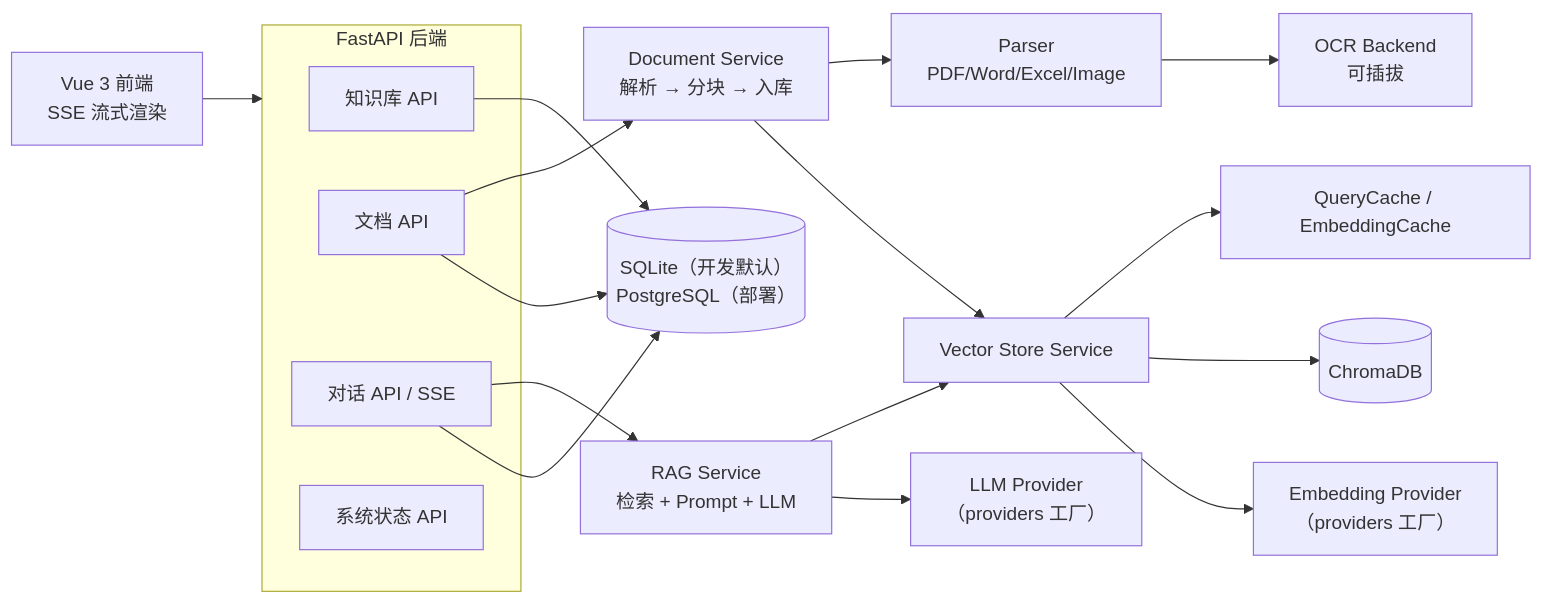
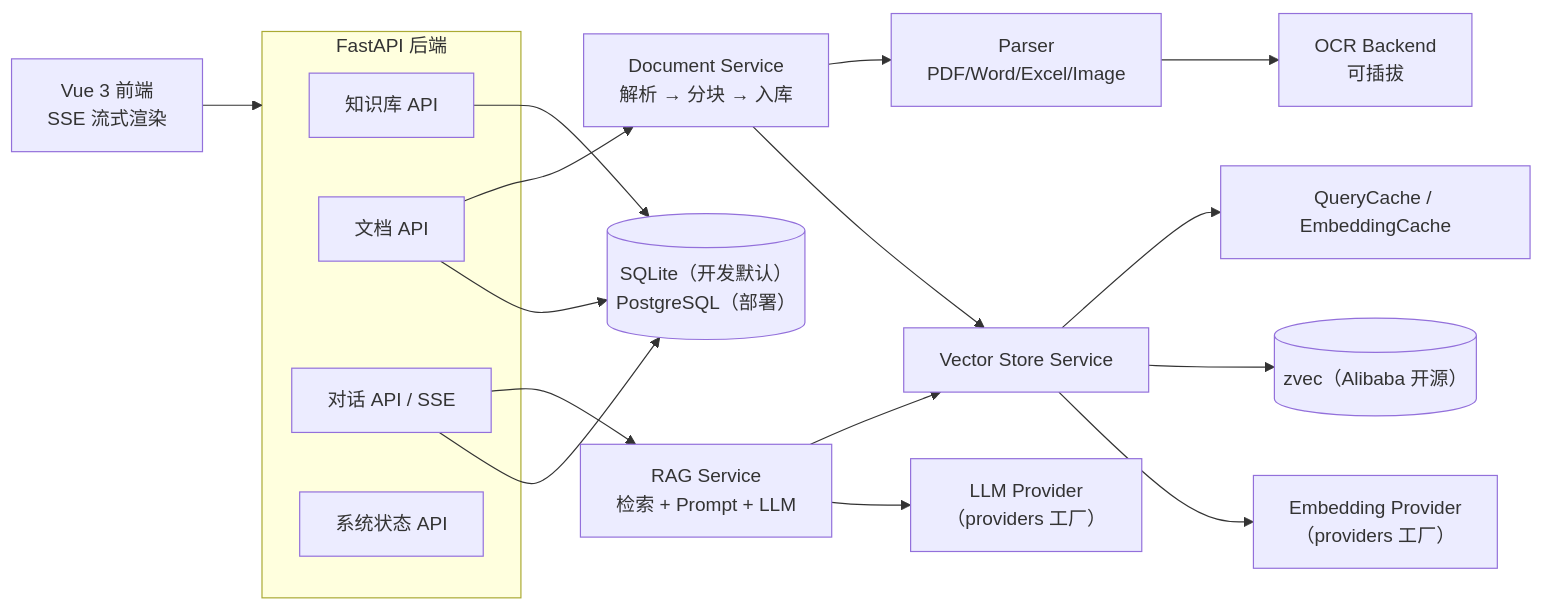
The diagram in README.md (jackieismpc/inner-rag), drawn with Mermaid before and after one commit. The commit also changed other lines of this file and 7 other files, not shown here.

First line of the commit message:
docs: 重建开发文档体系，向量库明确为 zvec，删除旧 roadmap

````diff
--- a/README.md
+++ b/README.md
@@ -44,23 +46,23 @@
 ```mermaid
 flowchart LR
     FE["Vue 3 前端<br/>SSE 流式渲染"] --> API
     subgraph API["FastAPI 后端"]
         KB["知识库 API"]
         DOC["文档 API"]
         CHAT["对话 API / SSE"]
         SYS["系统状态 API"]
     end
     CHAT --> RAG["RAG Service<br/>检索 + Prompt + LLM"]
     DOC --> DS["Document Service<br/>解析 → 分块 → 入库"]
     DS --> PARSE["Parser<br/>PDF/Word/Excel/Image"]
     PARSE --> OCR["OCR Backend<br/>可插拔"]
     DS --> VS["Vector Store Service"]
     RAG --> VS
     VS --> CACHE["QueryCache / EmbeddingCache"]
-    VS --> CHROMA[("ChromaDB")]
+    VS --> ZVEC[("zvec（Alibaba 开源）")]
     VS --> EMB["Embedding Provider<br/>（providers 工厂）"]
     RAG --> LLM["LLM Provider<br/>（providers 工厂）"]
     KB --> DB[("SQLite（开发默认）<br/>PostgreSQL（部署）")]
     DOC --> DB
     CHAT --> DB
 ```
````
